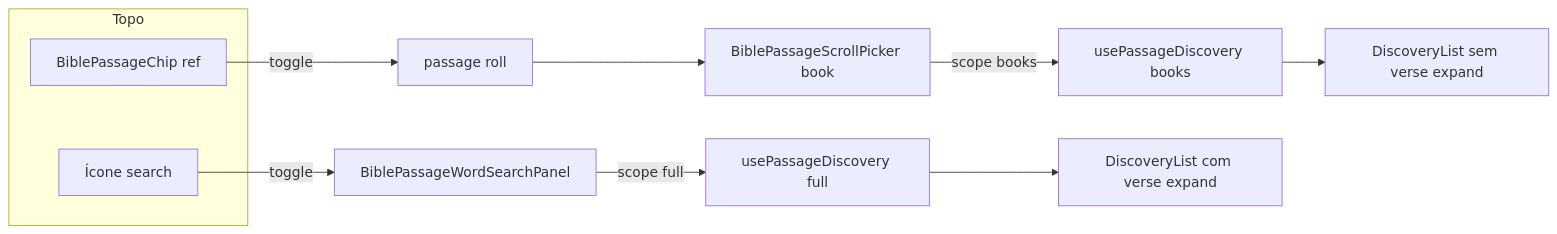
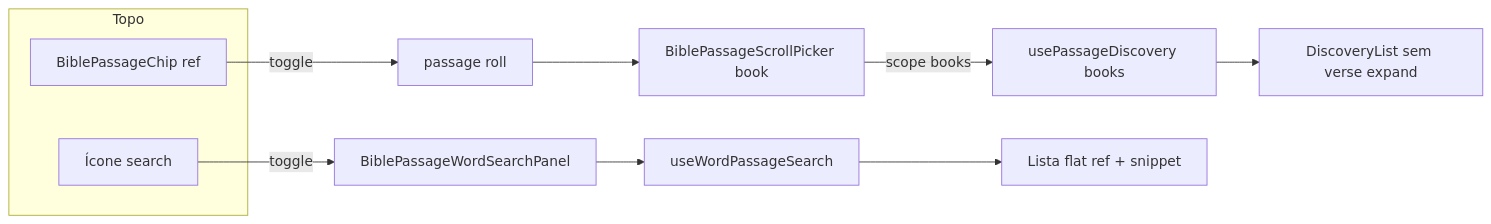
Before and after one commit to clevencode/Biblos: the first of 2 diagrams in docs/components/passage-bar.md, drawn with Mermaid. The commit also changed other lines of this file and 4 other files, not shown here.

````diff
--- a/docs/components/passage-bar.md
+++ b/docs/components/passage-bar.md
@@ -49,14 +68,14 @@
 ```mermaid
 flowchart LR
   subgraph bar [Topo]
     S[Ícone search]
     C[BiblePassageChip ref]
   end
   S -->|toggle| W[BiblePassageWordSearchPanel]
   C -->|toggle| R[passage roll]
   R --> P[BiblePassageScrollPicker book]
   P -->|scope books| D1[usePassageDiscovery books]
-  W -->|scope full| D2[usePassageDiscovery full]
+  W --> D2[useWordPassageSearch]
   D1 --> L1[DiscoveryList sem verse expand]
-  D2 --> L2[DiscoveryList com verse expand]
+  D2 --> L2[Lista flat ref + snippet]
 ```
````
